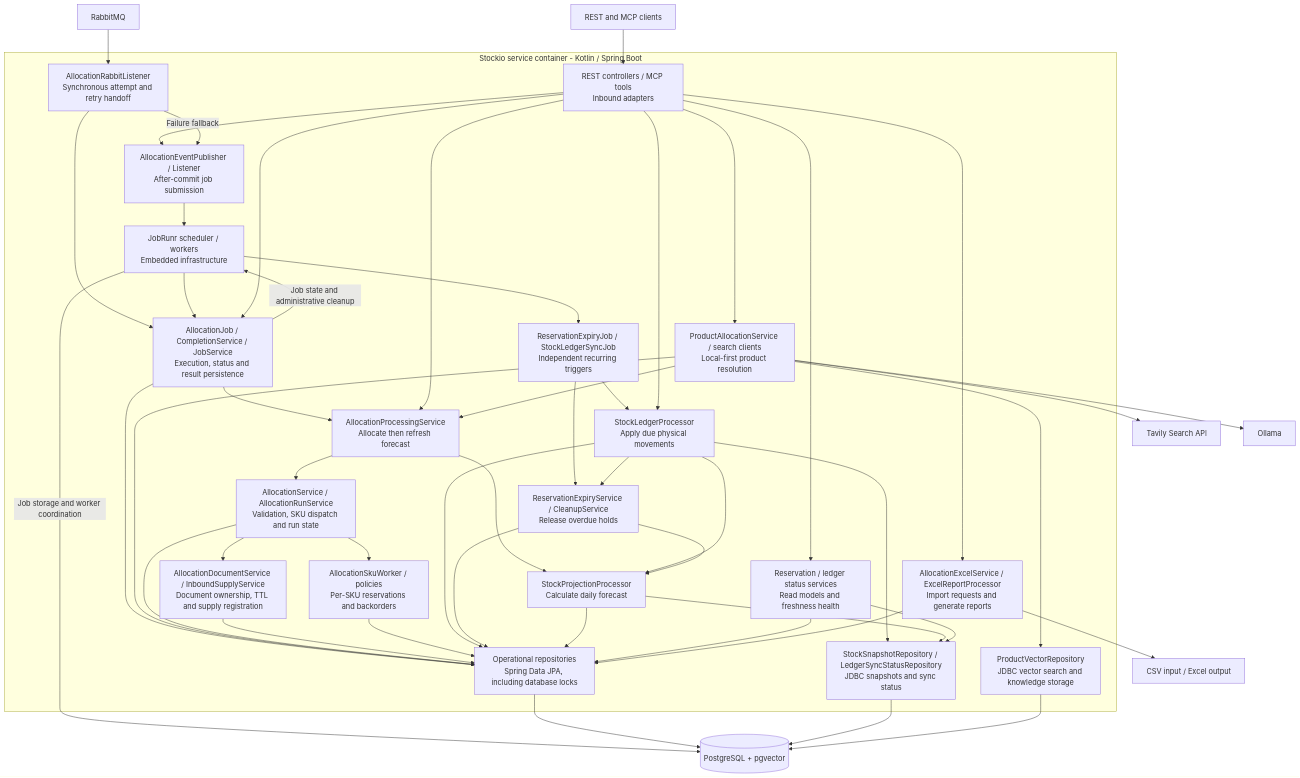
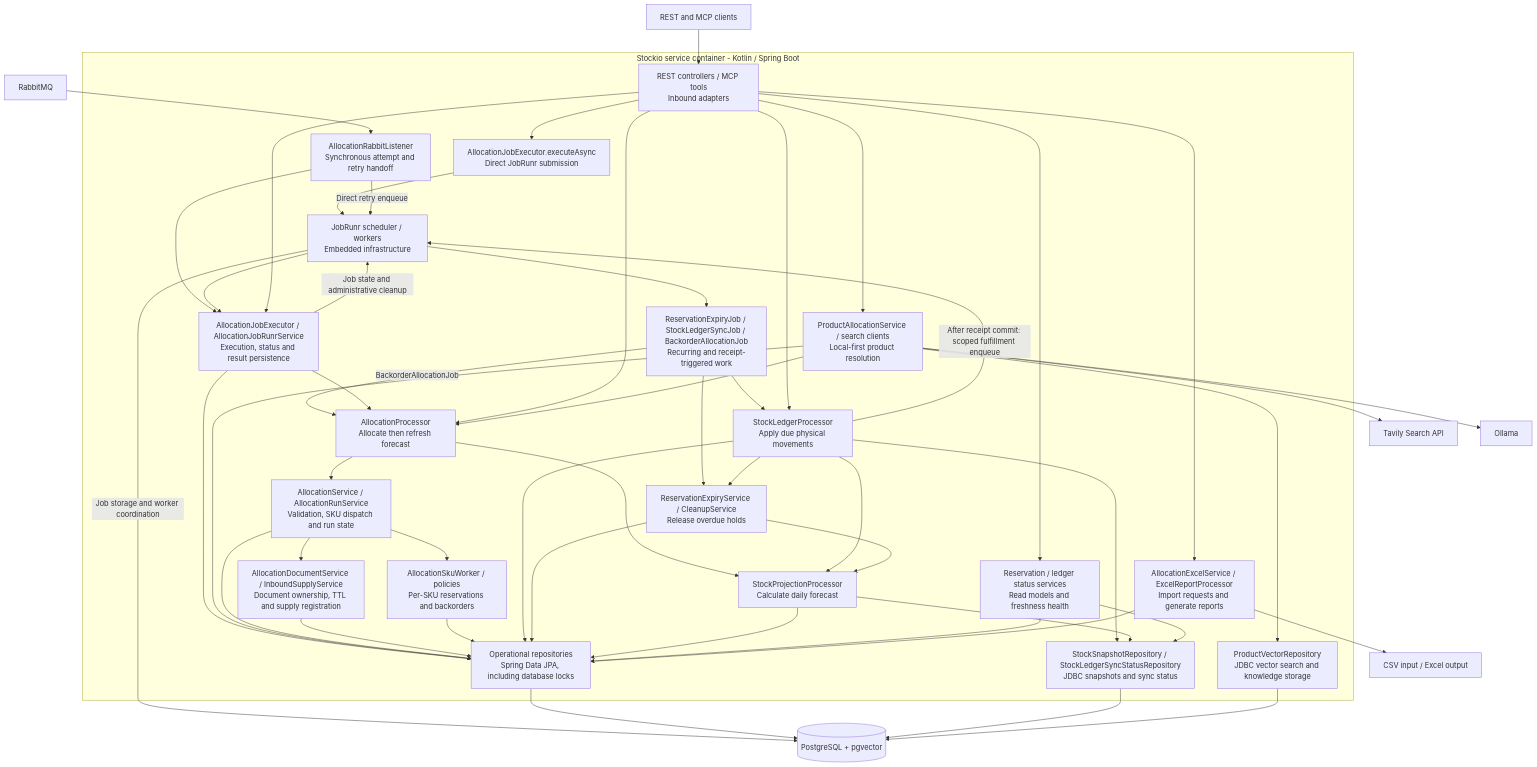
One commit to vriesjo/stockio changed the third of 15 diagrams in .github/memory/architecture.md. Above: the diagram before and after it, drawn with Mermaid. The commit also changed other lines of this file and 2 other files, not shown here.

````diff
--- a/.github/memory/architecture.md
+++ b/.github/memory/architecture.md
@@ -207,79 +213,81 @@
 ```mermaid
 flowchart TB
     Clients["REST and MCP clients"]
     Rabbit["RabbitMQ"]
     DB[("PostgreSQL + pgvector")]
     Tavily["Tavily Search API"]
     Ollama["Ollama"]
     Files["CSV input / Excel output"]
 
     subgraph Service["Stockio service container - Kotlin / Spring Boot"]
         Entry["REST controllers / MCP tools<br/>Inbound adapters"]
-        Events["AllocationEventPublisher / Listener<br/>After-commit job submission"]
+        Submission["AllocationJobExecutor.executeAsync<br/>Direct JobRunr submission"]
         Consumer["AllocationRabbitListener<br/>Synchronous attempt and retry handoff"]
         Runtime["JobRunr scheduler / workers<br/>Embedded infrastructure"]
-        Job["AllocationJob / CompletionService / JobService<br/>Execution, status and result persistence"]
-        Processing["AllocationProcessingService<br/>Allocate then refresh forecast"]
+        Job["AllocationJobExecutor / AllocationJobRunrService<br/>Execution, status and result persistence"]
+        Processing["AllocationProcessor<br/>Allocate then refresh forecast"]
         Allocation["AllocationService / AllocationRunService<br/>Validation, SKU dispatch and run state"]
         Documents["AllocationDocumentService / InboundSupplyService<br/>Document ownership, TTL and supply registration"]
         Worker["AllocationSkuWorker / policies<br/>Per-SKU reservations and backorders"]
         Product["ProductAllocationService / search clients<br/>Local-first product resolution"]
-        Scheduled["ReservationExpiryJob / StockLedgerSyncJob<br/>Independent recurring triggers"]
+        Scheduled["ReservationExpiryJob / StockLedgerSyncJob / BackorderAllocationJob<br/>Recurring and receipt-triggered work"]
         Expiry["ReservationExpiryService / CleanupService<br/>Release overdue holds"]
         Ledger["StockLedgerProcessor<br/>Apply due physical movements"]
         Projection["StockProjectionProcessor<br/>Calculate daily forecast"]
         Status["Reservation / ledger status services<br/>Read models and freshness health"]
         FileAdapters["AllocationExcelService / ExcelReportProcessor<br/>Import requests and generate reports"]
         JPA["Operational repositories<br/>Spring Data JPA, including database locks"]
-        Snapshots["StockSnapshotRepository / LedgerSyncStatusRepository<br/>JDBC snapshots and sync status"]
+        Snapshots["StockSnapshotRepository / StockLedgerSyncStatusRepository<br/>JDBC snapshots and sync status"]
         Vectors["ProductVectorRepository<br/>JDBC vector search and knowledge storage"]
     end
 
     Clients --> Entry
-    Entry --> Events
-    Events --> Runtime
+    Entry --> Submission
+    Submission --> Runtime
     Rabbit --> Consumer
     Consumer --> Job
-    Consumer -->|"Failure fallback"| Events
+    Consumer -->|"Direct retry enqueue"| Runtime
     Runtime --> Job
     Runtime --> Scheduled
     Scheduled --> Expiry
     Scheduled --> Ledger
+    Ledger -->|"After receipt commit: scoped fulfillment enqueue"| Runtime
+    Scheduled -->|"BackorderAllocationJob"| Processing
     Job --> Processing
     Job --> JPA
     Job -->|"Job state and administrative cleanup"| Runtime
     Entry --> Job
     Entry --> Processing
     Entry --> Product
     Entry --> Ledger
     Entry --> Status
     Entry --> FileAdapters
     Product --> Processing
     Product --> JPA
     Product --> Vectors
     Product --> Tavily
     Product --> Ollama
     Processing --> Allocation
     Processing --> Projection
     Allocation --> Documents
     Allocation --> Worker
     Allocation --> JPA
     Documents --> JPA
     Worker --> JPA
     Ledger --> Expiry
     Ledger --> Projection
     Ledger --> JPA
     Ledger --> Snapshots
     Expiry --> JPA
     Expiry --> Projection
     Projection --> JPA
     Projection --> Snapshots
     Status --> JPA
     Status --> Snapshots
     FileAdapters --> JPA
     FileAdapters --> Files
     Runtime -->|"Job storage and worker coordination"| DB
     JPA --> DB
     Snapshots --> DB
     Vectors --> DB
 ```
````
